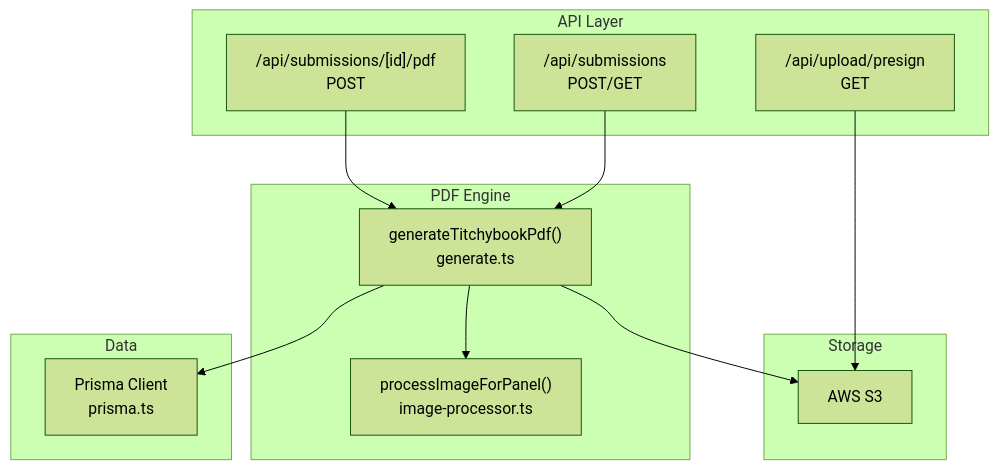
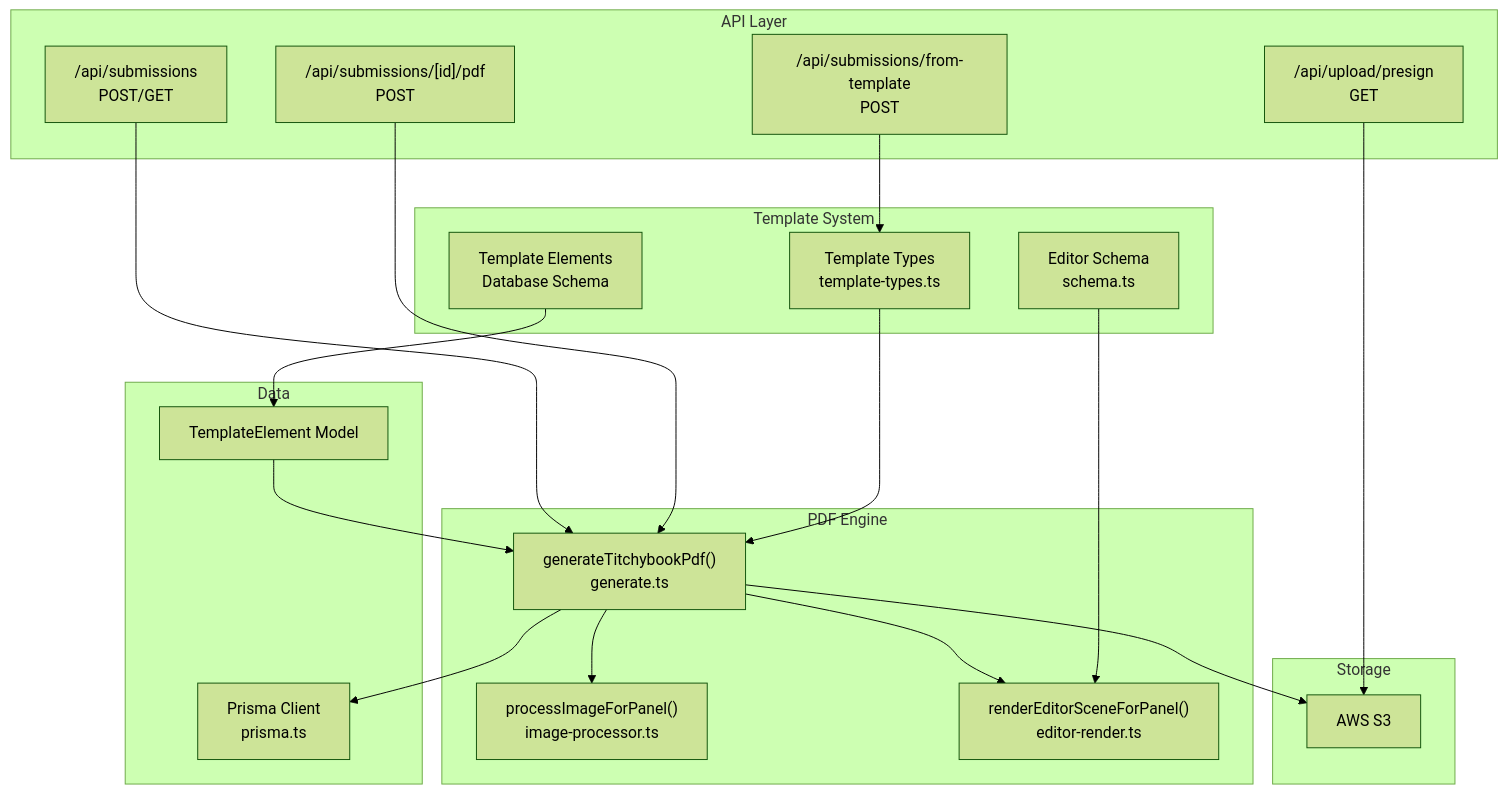
One commit to Crowdspender/titchybooks-app changed the first of 8 diagrams in .qoder/repowiki/en/content/PDF Generation Engine/PDF Generation Engine.md. Above: the diagram before and after it, drawn with Mermaid (forest theme). The commit also changed other lines of this file and 62 other files, not shown here.

````diff
--- a/.qoder/repowiki/en/content/PDF Generation Engine/PDF Generation Engine.md
+++ b/.qoder/repowiki/en/content/PDF Generation Engine/PDF Generation Engine.md
@@ -40,24 +59,38 @@
 ```mermaid
 graph TB
 subgraph "API Layer"
 A1["/api/submissions<br/>POST/GET"]
 A2["/api/submissions/[id]/pdf<br/>POST"]
 A3["/api/upload/presign<br/>GET"]
+A4["/api/submissions/from-template<br/>POST"]
 end
 subgraph "PDF Engine"
 E1["generateTitchybookPdf()<br/>generate.ts"]
 E2["processImageForPanel()<br/>image-processor.ts"]
+E3["renderEditorSceneForPanel()<br/>editor-render.ts"]
+end
+subgraph "Template System"
+T1["Template Types<br/>template-types.ts"]
+T2["Editor Schema<br/>schema.ts"]
+T3["Template Elements<br/>Database Schema"]
 end
 subgraph "Storage"
 S3["AWS S3"]
 end
 subgraph "Data"
 D1["Prisma Client<br/>prisma.ts"]
+D2["TemplateElement Model"]
 end
 A1 --> E1
 A2 --> E1
 A3 --> S3
+A4 --> T1
 E1 --> D1
 E1 --> S3
 E1 --> E2
+E1 --> E3
+T1 --> E1
+T2 --> E3
+T3 --> D2
+D2 --> E1
 ```
````
